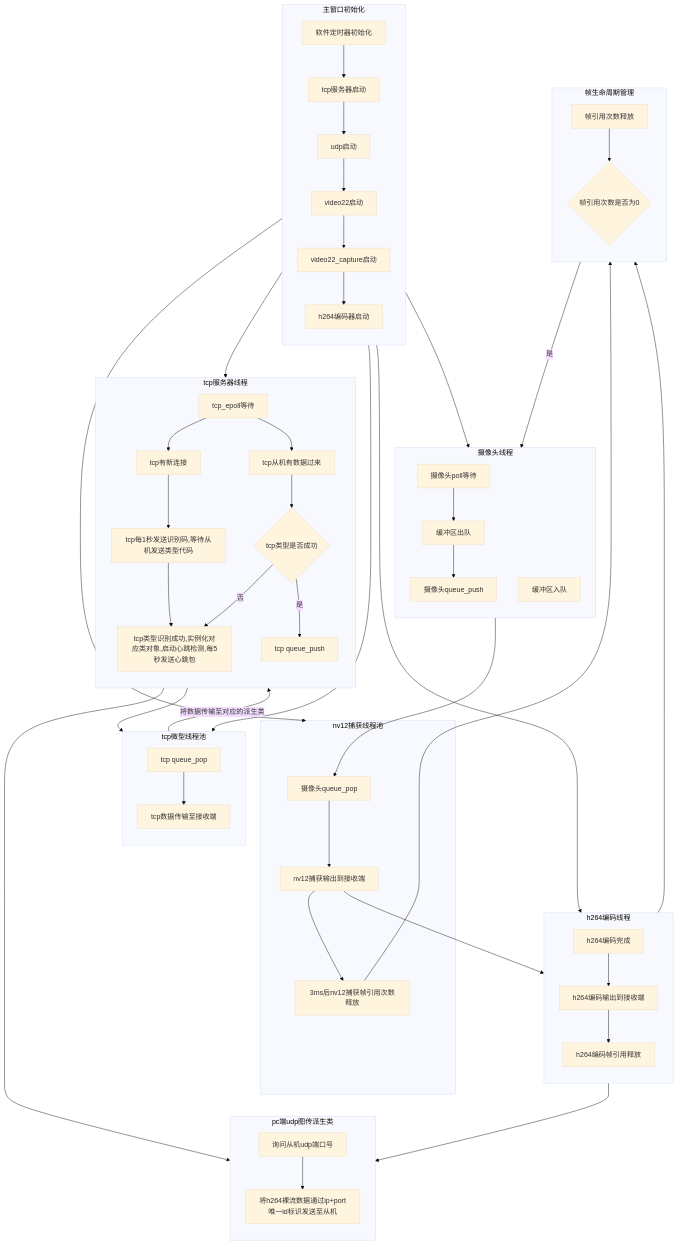
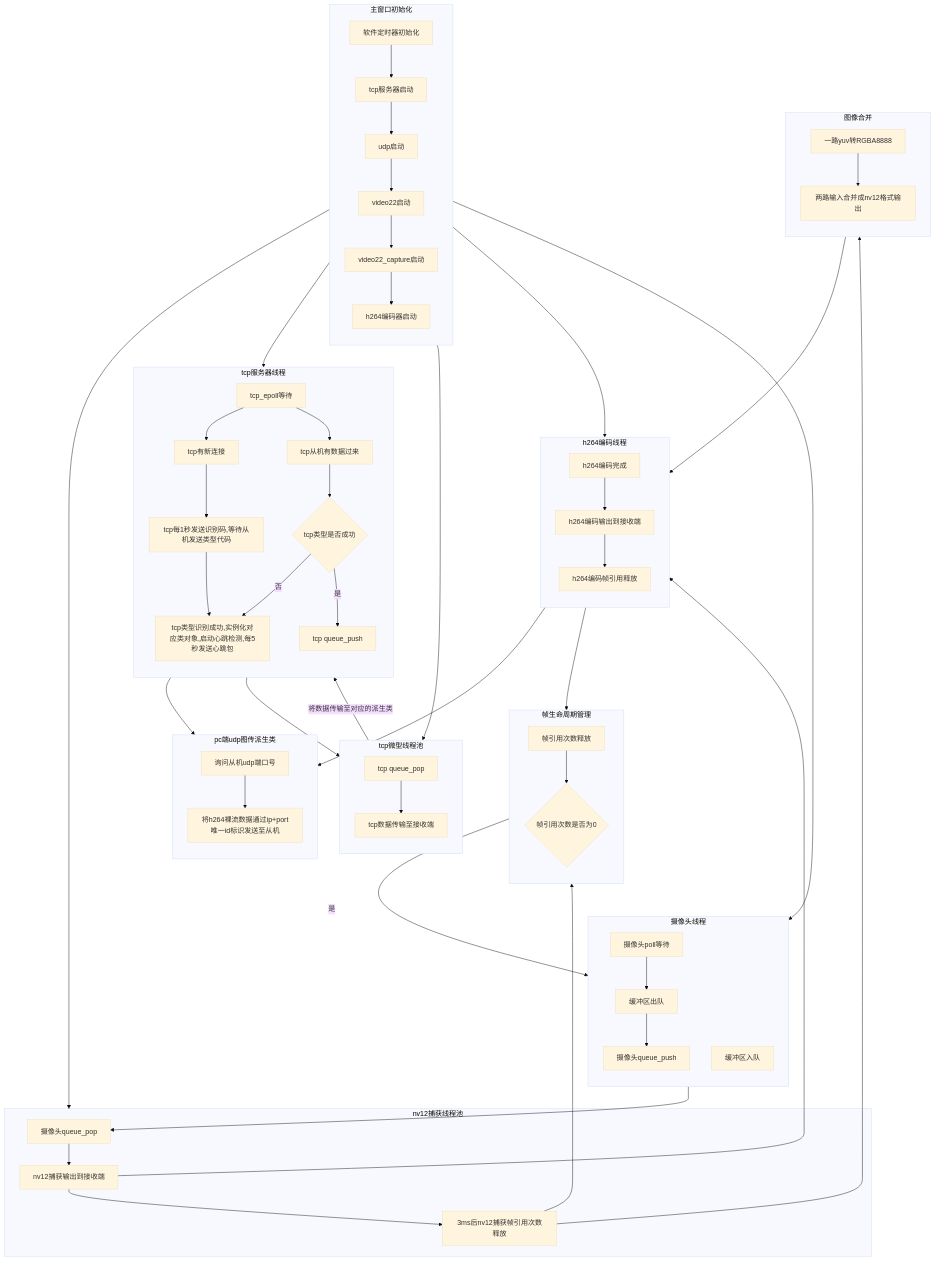
Before and after one commit to GravityandSupport/rk3562_camera: the diagram in README.md, drawn with Mermaid (base theme).

````diff
--- a/README.md
+++ b/README.md
@@ -5,71 +5,78 @@
 ```mermaid
 flowchart TD
     subgraph 主窗口初始化
         direction TD
         软件定时器初始化-->tcp服务器启动
         tcp服务器启动-->udp启动
         udp启动-->video22启动
         video22启动-->video22_capture启动
         video22_capture启动-->h264编码器启动
     end
 
     subgraph 摄像头线程
         direction TD
         摄像头poll等待-->缓冲区出队
         缓冲区出队-->摄像头queue_push
 
         缓冲区入队
     end
     video22启动-->摄像头线程
 
     subgraph nv12捕获线程池
         摄像头queue_push-->摄像头queue_pop
 		摄像头queue_pop --> nv12捕获输出到接收端
         nv12捕获输出到接收端-->3ms后nv12捕获帧引用次数释放
 	end
     video22_capture启动-->nv12捕获线程池
 
     subgraph h264编码线程
         direction TD
         nv12捕获输出到接收端-->h264编码完成
         h264编码完成-->h264编码输出到接收端
         h264编码输出到接收端-->h264编码帧引用释放
     end
     h264编码器启动-->h264编码线程
 
     subgraph 帧生命周期管理
         direction TD
         3ms后nv12捕获帧引用次数释放-->帧引用次数释放
         h264编码帧引用释放-->帧引用次数释放
         帧引用次数释放-->帧引用次数是否为0{帧引用次数是否为0}
         帧引用次数是否为0-->|是| 缓冲区入队
     end
 
     subgraph tcp微型线程池
         direction TD
 		tcp_queue_pop[tcp queue_pop]-->tcp数据传输至接收端
 	end
 
     subgraph tcp服务器线程
         direction TD
         tcp_epoll等待-->tcp有新连接
         tcp有新连接-->tcp识别类型[tcp每1秒发送识别码,等待从机发送类型代码]
         tcp识别类型-->tcp识别成功[tcp类型识别成功,实例化对应类对象,启动心跳检测,每5秒发送心跳包]
 
         tcp_epoll等待-->tcp从机有数据过来
         tcp从机有数据过来-->tcp类型是否成功{tcp类型是否成功}
         tcp类型是否成功-->|是| tcp_queue_push[tcp queue_push]
         tcp类型是否成功-->|否| tcp识别成功
     end
     tcp_queue_push-->tcp_queue_pop
     tcp数据传输至接收端-->|将数据传输至对应的派生类|tcp识别成功
     tcp服务器启动-->tcp服务器线程
     tcp服务器启动-->tcp微型线程池
 
     subgraph pc端udp图传派生类
         direction TD
         pc端udp图传发送询问端口号[询问从机udp端口号]-->pc端udp图传h264裸流发送[将h264裸流数据通过ip+port唯一id标识发送至从机]
     end
     tcp识别成功-->pc端udp图传派生类
     h264编码输出到接收端-->pc端udp图传h264裸流发送
+
+	subgraph 图像合并
+        direction TD
+        图像合并rga转一路输入格式[一路yuv转RGBA8888]-->图像合并rga合并[两路输入合并成nv12格式输出]
+    end
+    3ms后nv12捕获帧引用次数释放-->图像合并rga转一路输入格式
+    图像合并rga合并-->h264编码完成
 ```
````
